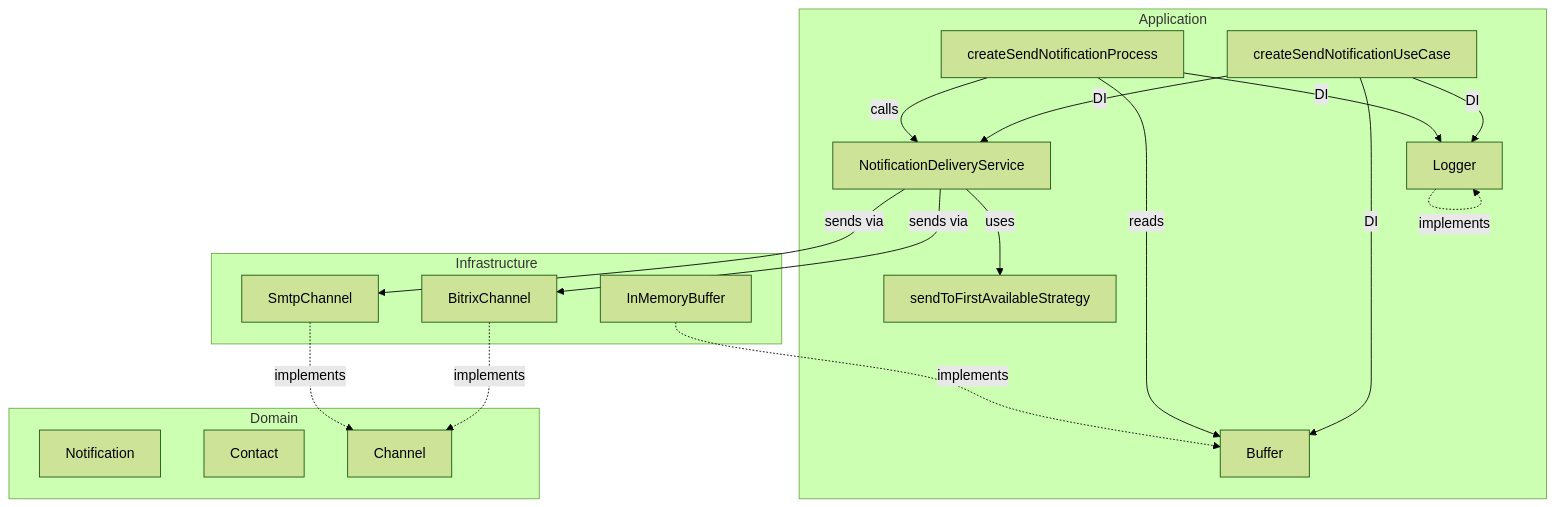
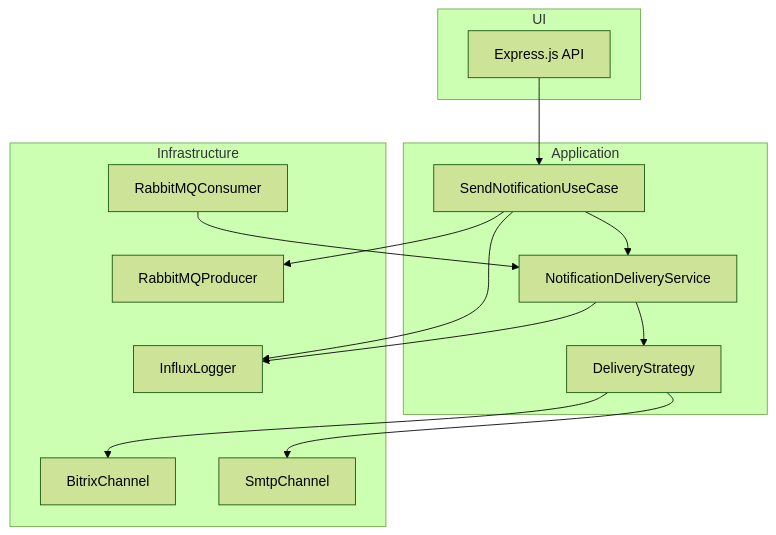
Before and after one commit to andreyantropov/notification-service: the diagram in docs/architecture/architecture.md, drawn with Mermaid (forest theme). The commit also changed other lines of this file and 102 other files, not shown here.

````diff
--- a/docs/architecture/architecture.md
+++ b/docs/architecture/architecture.md
@@ -131,39 +132,30 @@
 ```mermaid
+flowchart TB
+    subgraph UI
+        HTTP[Express.js API]
+    end
 
-graph TD
-  subgraph Domain
-    Notification[Notification]
-    Contact[Contact]
-    Channel[Channel]
-  end
+    subgraph Application
+        UseCase[SendNotificationUseCase]
+        DeliveryService[NotificationDeliveryService]
+        Strategy[DeliveryStrategy]
+    end
 
-  subgraph Application
-    Buffer[Buffer<Notification>]
-    Logger[Logger]
-    DeliveryService[NotificationDeliveryService]
-    UseCase[createSendNotificationUseCase]
-    Process[createSendNotificationProcess]
-    Strategy[sendToFirstAvailableStrategy]
-  end
+    subgraph Infrastructure
+        Bitrix[BitrixChannel]
+        Email[SmtpChannel]
+        Producer[RabbitMQProducer]
+        Consumer[RabbitMQConsumer]
+        Logger[InfluxLogger]
+    end
 
-  subgraph Infrastructure
-    BufferImpl[InMemoryBuffer]
-    BitrixChannel[BitrixChannel]
-    SmtpChannel[SmtpChannel]
-    Logger[Logger]
-  end
-
-  UseCase -->|DI| Buffer
-  UseCase -->|DI| DeliveryService
-  UseCase -->|DI| Logger
-  Process -->|reads| Buffer
-  Process -->|calls| DeliveryService
-  Process -->|DI| Logger
-  DeliveryService -->|uses| Strategy
-  DeliveryService -->|sends via| BitrixChannel
-  DeliveryService -->|sends via| SmtpChannel
-  BufferImpl -.->|implements| Buffer
-  BitrixChannel -.->|implements| Channel
-  SmtpChannel -.->|implements| Channel
-  Logger -.->|implements| Logger
+    HTTP --> UseCase
+    UseCase --> DeliveryService
+    DeliveryService --> Strategy
+    Strategy --> Bitrix
+    Strategy --> Email
+    UseCase --> Producer
+    Consumer --> DeliveryService
+    UseCase --> Logger
+    DeliveryService --> Logger
 ```
````
